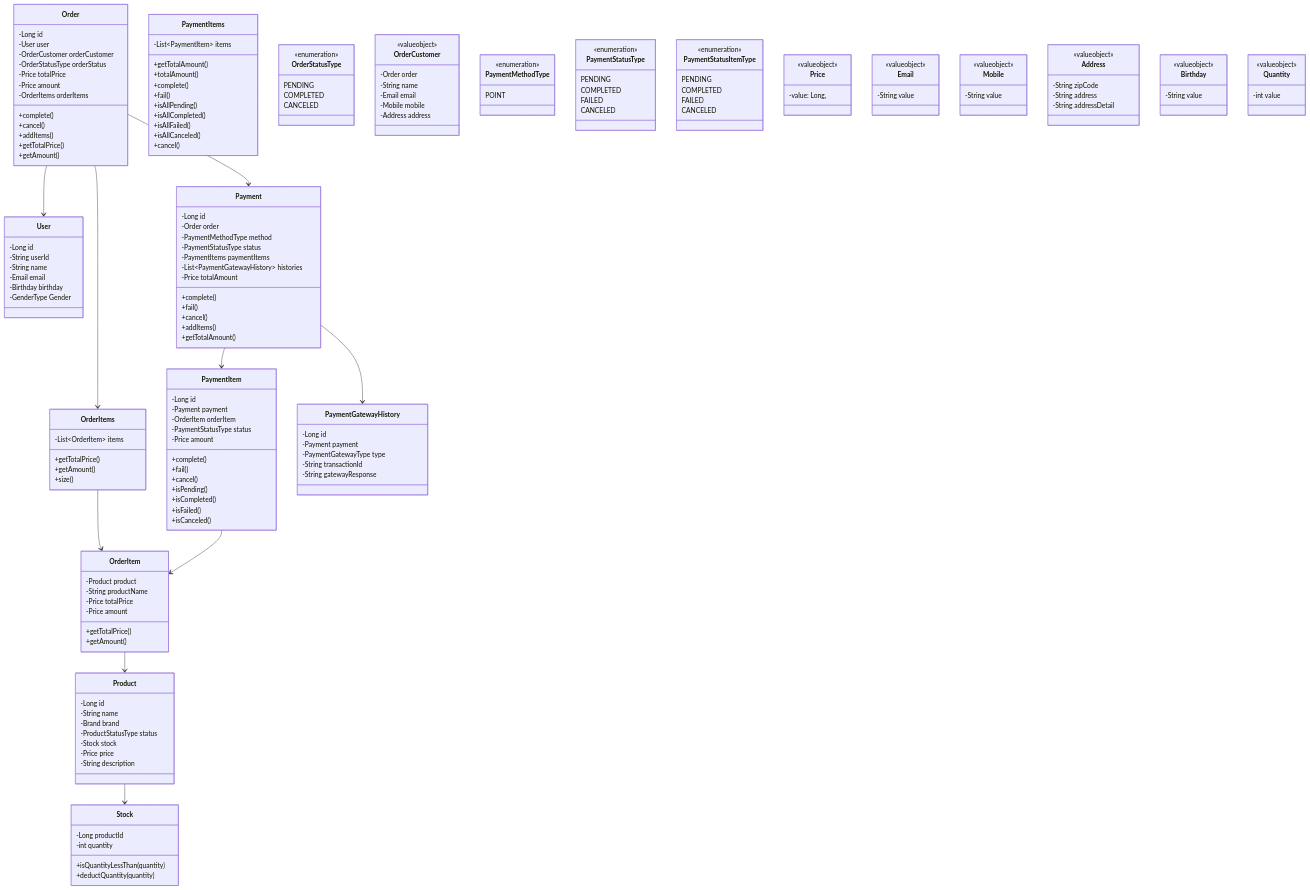
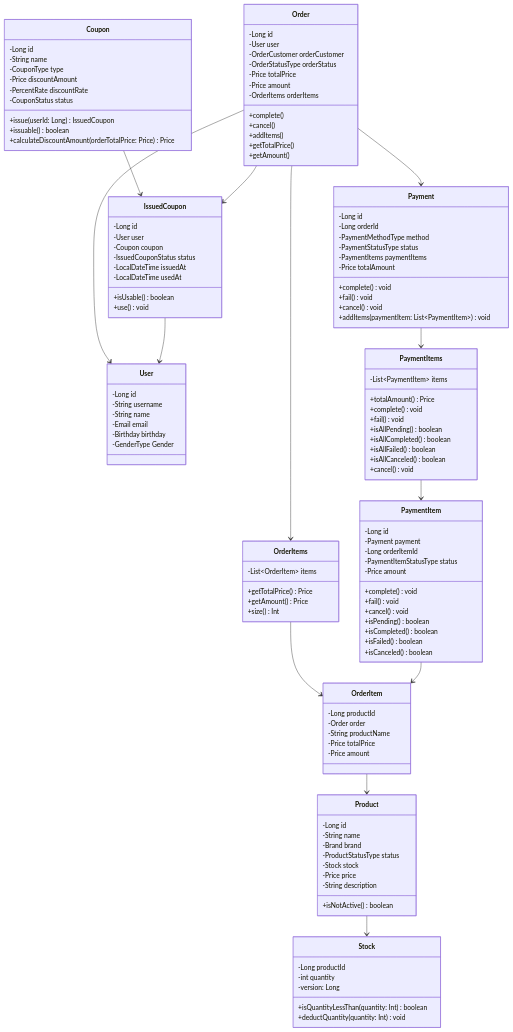
The second of 4 diagrams in docs/design/03-class-diagrams.md (kiekk/gamsung-commerce), drawn with Mermaid before and after one commit.

Commit message:
docs: 클래스 다이어그램 쿠폰 내용 추가
* 미비한 클래스들 역할/책임 추가

````diff
--- a/docs/design/03-class-diagrams.md
+++ b/docs/design/03-class-diagrams.md
@@ -74,18 +74,20 @@
         -Stock stock
         -Price price
         -String description
+        +isNotActive() boolean
     }
 %% 재고
     class Stock {
         -Long productId
         -int quantity
-        +isQuantityLessThan(quantity)
-        +deductQuantity(quantity)
+        -version: Long
+        +isQuantityLessThan(quantity: Int) boolean
+        +deductQuantity(quantity: Int) void
     }
 %% 사용자
     class User {
         -Long id
-        -String userId
+        -String username
         -String name
         -Email email
         -Birthday birthday
@@ -109,139 +111,80 @@
 %% 주문 상품 목록
     class OrderItems {
         -List~OrderItem~ items
-        +getTotalPrice()
-        +getAmount()
-        +size()
+        +getTotalPrice() Price
+        +getAmount() Price
+        +size() Int
     }
 %% 주문 상품
     class OrderItem {
-        -Product product
+        -Long productId
+        -Order order
         -String productName
         -Price totalPrice
         -Price amount
-        +getTotalPrice()
-        +getAmount()
     }
 %% 결제
     class Payment {
         -Long id
-        -Order order
+        -Long orderId
         -PaymentMethodType method
         -PaymentStatusType status
         -PaymentItems paymentItems
-        -List~PaymentGatewayHistory~ histories
         -Price totalAmount
-        +complete()
-        +fail()
-        +cancel()
-        +addItems()
-        +getTotalAmount()
+        +complete() void
+        +fail() void
+        +cancel() void
+        +addItems(paymentItem: List~PaymentItem~) void
     }
 %% 결제 항목 목록
     class PaymentItems {
         -List~PaymentItem~ items
-        +getTotalAmount()
-        +totalAmount()
-        +complete()
-        +fail()
-        +isAllPending()
-        +isAllCompleted()
-        +isAllFailed()
-        +isAllCanceled()
-        +cancel()
+        +totalAmount() Price
+        +complete() void
+        +fail() void
+        +isAllPending() boolean
+        +isAllCompleted() boolean
+        +isAllFailed() boolean
+        +isAllCanceled() boolean
+        +cancel() void
     }
 %% 결제 항목
     class PaymentItem {
         -Long id
         -Payment payment
-        -OrderItem orderItem
-        -PaymentStatusType status
+        -Long orderItemId
+        -PaymentItemStatusType status
         -Price amount
-        +complete()
-        +fail()
-        +cancel()
-        +isPending()
-        +isCompleted()
-        +isFailed()
-        +isCanceled()
+        +complete() void
+        +fail() void
+        +cancel() void
+        +isPending() boolean
+        +isCompleted() boolean
+        +isFailed() boolean
+        +isCanceled() boolean
     }
-%% 결제 히스토리
-    class PaymentGatewayHistory {
+%% 쿠폰
+    class Coupon {
         -Long id
-        -Payment payment
-        -PaymentGatewayType type
-        -String transactionId
-        -String gatewayResponse
+        -String name
+        -CouponType type
+        -Price discountAmount
+        -PercentRate discountRate
+        -CouponStatus status
+        +issue(userId: Long) IssuedCoupon
+        +issuable() boolean
+        +calculateDiscountAmount(orderTotalPrice: Price) Price
     }
-%% 주문 상태 enum 정의
-    class OrderStatusType {
-        <<enumeration>>
-        PENDING
-        COMPLETED
-        CANCELED
-    }
-%% 주문자 정보
-    class OrderCustomer {
-        <<valueobject>>
-        -Order order
-        -String name
-        -Email email
-        -Mobile mobile
-        -Address address
-    }
-
-%% 결제 방식 enum 정의
-    class PaymentMethodType {
-        <<enumeration>>
-        POINT
-    }
-%% 결제 상태 enum 정의
-    class PaymentStatusType {
-        <<enumeration>>
-        PENDING
-        COMPLETED
-        FAILED
-        CANCELED
-    }
-%% 결제 항목 상태 enum 정의
-    class PaymentStatusItemType {
-        <<enumeration>>
-        PENDING
-        COMPLETED
-        FAILED
-        CANCELED
-    }
-%% 가격
-    class Price {
-        <<valueobject>>
-        -value: Long,
-    }
-%% 이메일
-    class Email {
-        <<valueobject>>
-        -String value
-    }
-%% 전화번호
-    class Mobile {
-        <<valueobject>>
-        -String value
-    }
-%% 주소
-    class Address {
-        <<valueobject>>
-        -String zipCode
-        -String address
-        -String addressDetail
-    }
-%% 생년월일
-    class Birthday {
-        <<valueobject>>
-        -String value
-    }
-%% 수량
-    class Quantity {
-        <<valueobject>>
-        -int value
+%% 사용자 쿠폰
+    class IssuedCoupon {
+        -Long id
+        -User user
+        -Coupon coupon
+        -IssuedCouponStatus status
+        -LocalDateTime issuedAt
+        -LocalDateTime usedAt
+        +isUsable() boolean
+        +use() void
     }
 
     Product --> Stock
@@ -250,7 +193,10 @@
     OrderItem --> Product
     Order --> User
     Order --> Payment
-    Payment --> PaymentItem
+    Payment --> PaymentItems
+    PaymentItems --> PaymentItem
     PaymentItem --> OrderItem
-    Payment --> PaymentGatewayHistory
+    Coupon --> IssuedCoupon
+    IssuedCoupon --> User
+    Order --> IssuedCoupon
 ```
````
